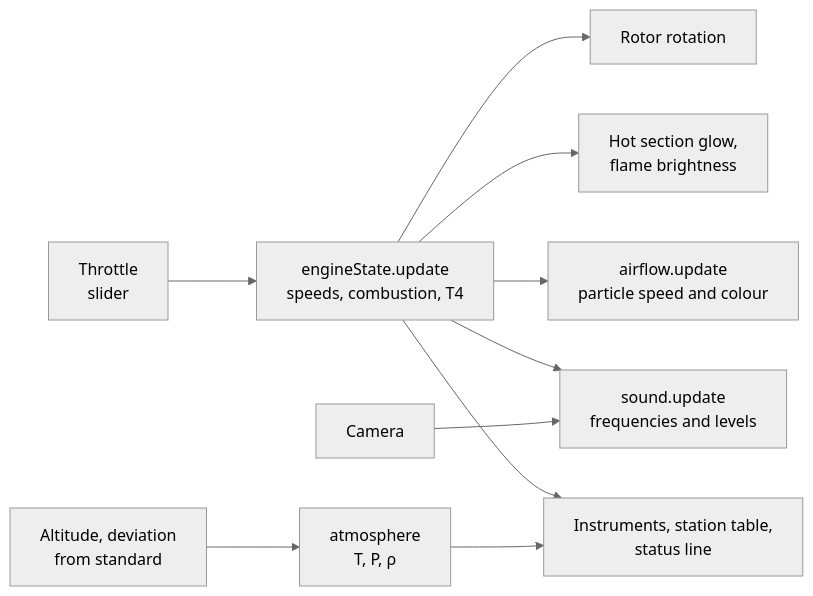
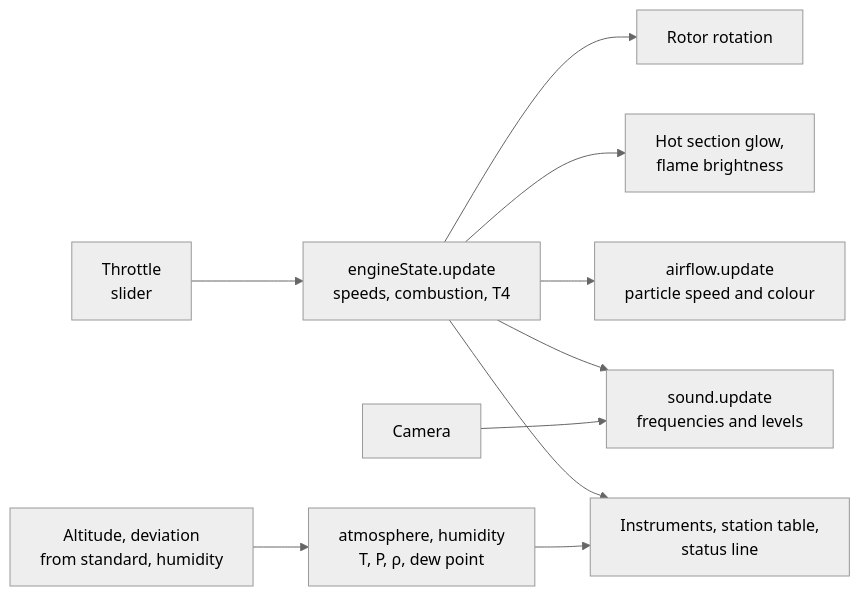
The second of 2 diagrams in docs/01-architecture.md (jubbon/jet-engine-3d), drawn with Mermaid (neutral theme) before and after one commit. The commit also changed other lines of this file and 10 other files, not shown here.

````diff
--- a/docs/01-architecture.md
+++ b/docs/01-architecture.md
@@ -60,11 +60,11 @@
 ```mermaid
 flowchart LR
   R[Throttle<br/>slider] --> ES[engineState.update<br/>speeds, combustion, T4]
   ES --> ROT[Rotor rotation]
   ES --> GL[Hot section glow,<br/>flame brightness]
   ES --> AF[airflow.update<br/>particle speed and colour]
   ES --> SND[sound.update<br/>frequencies and levels]
   ES --> UI[Instruments, station table,<br/>status line]
-  AMB[Altitude, deviation<br/>from standard] --> AT[atmosphere<br/>T, P, ρ] --> UI
+  AMB[Altitude, deviation<br/>from standard, humidity] --> AT[atmosphere, humidity<br/>T, P, ρ, dew point] --> UI
   CAM[Camera] --> SND
 ```
````
